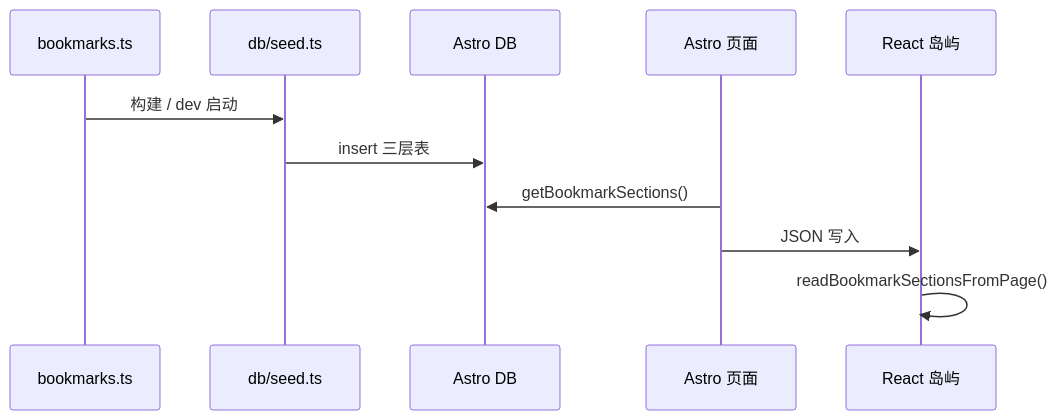
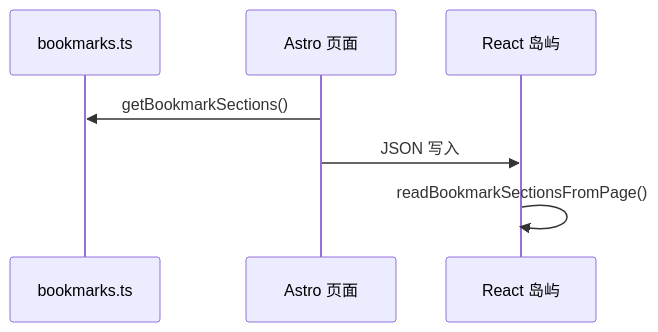
Before and after one commit to wwlight/wwlight.github.io: the diagram in src/content/docs/blog/bookmarks/01-architecture.mdx, drawn with Mermaid. The commit also changed other lines of this file and 24 other files, not shown here.

Commit message:
refactor(starlight): 移除 llm-actions、page-actions 插件与 Astro DB

````diff
--- a/src/content/docs/blog/bookmarks/01-architecture.mdx
+++ b/src/content/docs/blog/bookmarks/01-architecture.mdx
@@ -57,14 +56,10 @@
 ```mermaid
 sequenceDiagram
   participant File as bookmarks.ts
-  participant Seed as db/seed.ts
-  participant DB as Astro DB
   participant Page as Astro 页面
   participant React as React 岛屿
 
-  File->>Seed: 构建 / dev 启动
-  Seed->>DB: insert 三层表
-  Page->>DB: getBookmarkSections()
+  Page->>File: getBookmarkSections()
   Page->>React: JSON 写入 #bookmarks-sections-data
   React->>React: readBookmarkSectionsFromPage()
 ```
````
